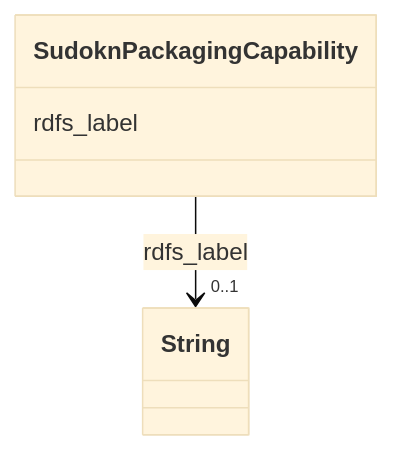
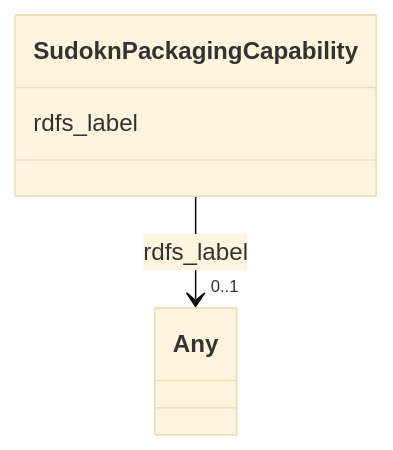
The diagram in sudokn-kg/classes/SudoknPackagingCapability.md (frink-okn/graph-descriptions), drawn with Mermaid (base theme) before and after one commit. The commit also changed other lines of this file and 903 other files, not shown here.

````diff
--- a/sudokn-kg/classes/SudoknPackagingCapability.md
+++ b/sudokn-kg/classes/SudoknPackagingCapability.md
@@ -23,15 +18,15 @@
 ```mermaid
  classDiagram
     class SudoknPackagingCapability
     click SudoknPackagingCapability href "../SudoknPackagingCapability"
       SudoknPackagingCapability : rdfs_label
         
           
     
     
-    SudoknPackagingCapability --> "0..1" String : rdfs_label
-    click String href "../String"
+    SudoknPackagingCapability --> "0..1" Any : rdfs_label
+    click Any href "../Any"
 
         
       
 ```
````
